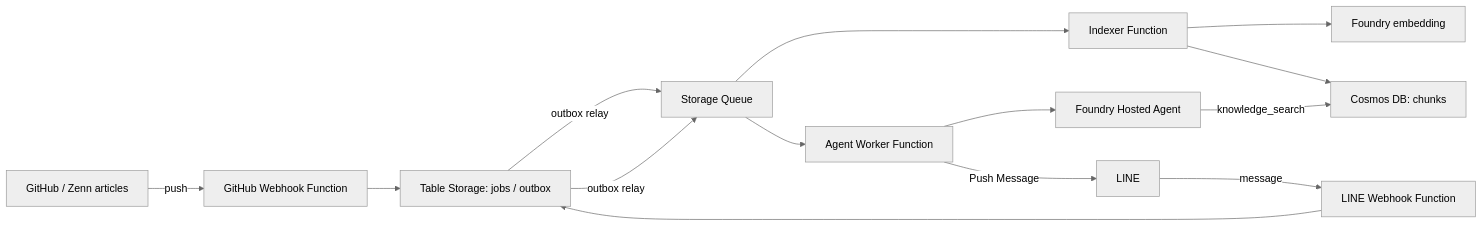
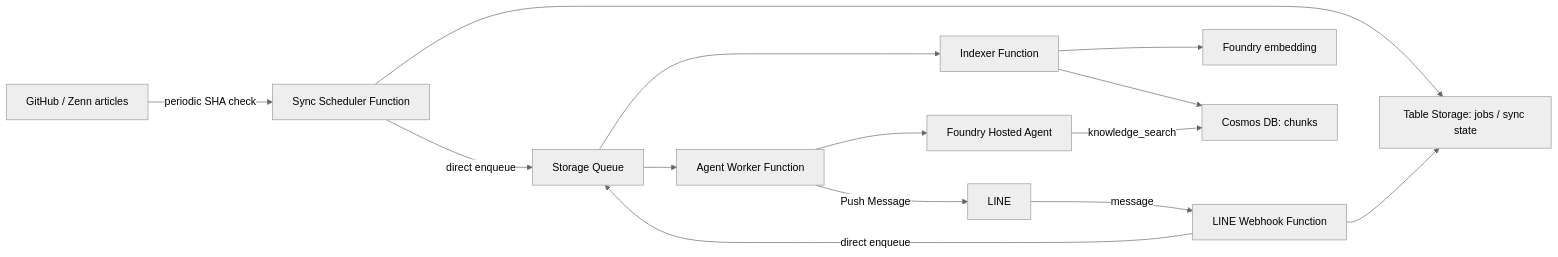
Before and after one commit to Tomodo1773/tech-knowledge-agent: the diagram in README.md, drawn with Mermaid (neutral theme). The commit also changed other lines of this file and 6 other files, not shown here.

Commit message:
Simplify personal MVP architecture

````diff
--- a/README.md
+++ b/README.md
@@ -16,16 +16,16 @@
 ```mermaid
 flowchart LR
-  GH[GitHub / Zenn articles] -->|push| GHW[GitHub Webhook Function]
-  GHW --> T[Table Storage: jobs / outbox]
-  T -->|outbox relay| Q[Storage Queue]
+  GH[GitHub / Zenn articles] -->|periodic SHA check| SYNC[Sync Scheduler Function]
+  SYNC --> T[Table Storage: jobs / sync state]
+  SYNC -->|direct enqueue| Q[Storage Queue]
   Q --> IDX[Indexer Function]
   IDX --> E[Foundry embedding]
   IDX --> C[Cosmos DB: chunks]
   LINE[LINE] -->|message| LWH[LINE Webhook Function]
   LWH --> T
-  T -->|outbox relay| Q
+  LWH -->|direct enqueue| Q
   Q --> W[Agent Worker Function]
   W --> A[Foundry Hosted Agent]
   A -->|knowledge_search| C
   W -->|Push Message| LINE
 ```
````
